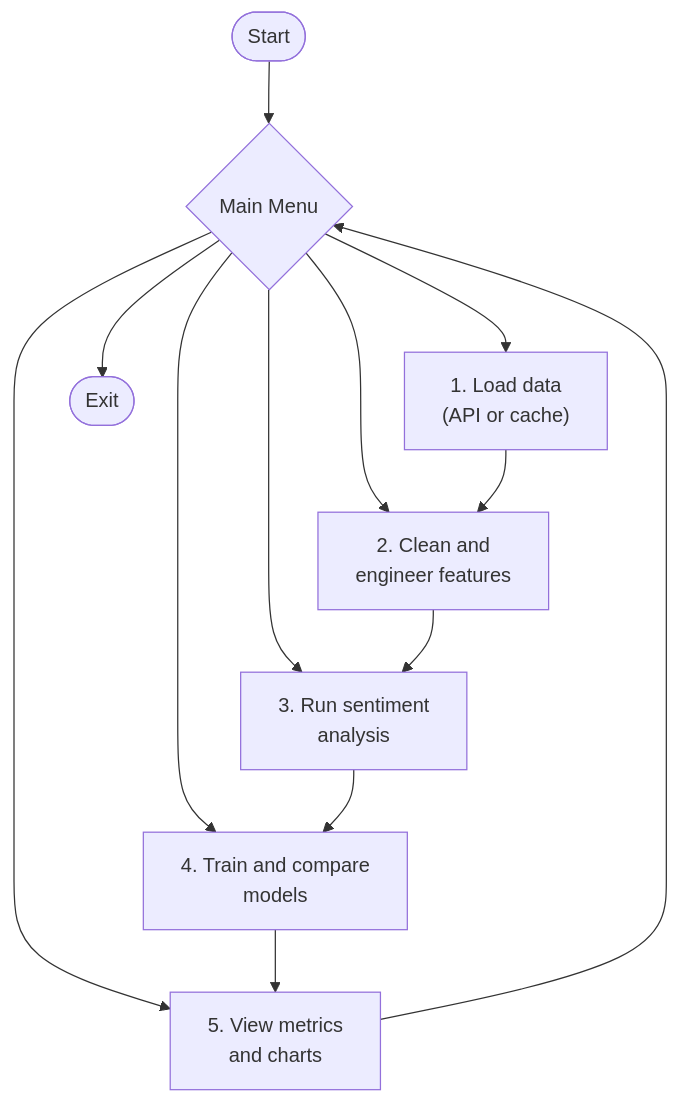
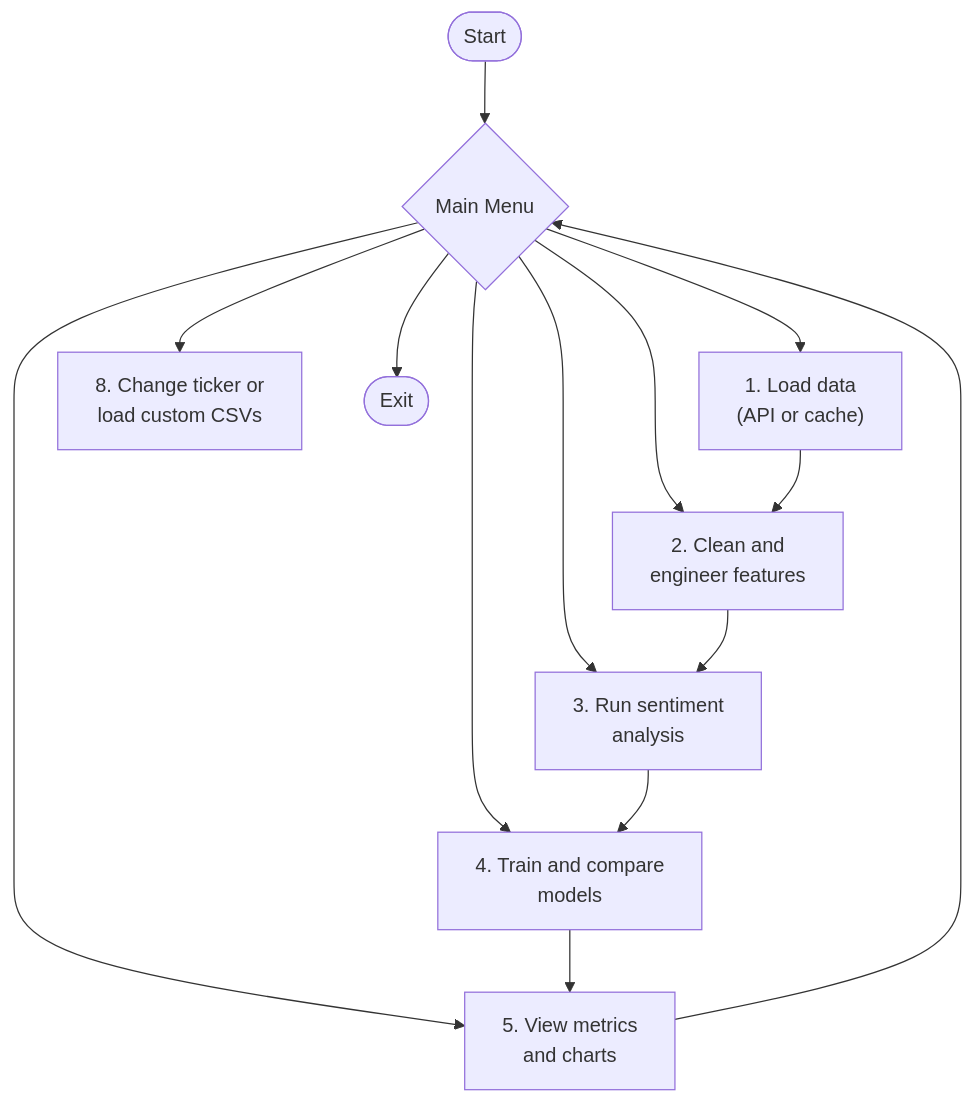
Before and after one commit to nabeelali0707/pai-project: the third of 4 diagrams in docs/ARCHITECTURE.md, drawn with Mermaid. The commit also changed 6 other files, not shown here.

````diff
--- a/docs/ARCHITECTURE.md
+++ b/docs/ARCHITECTURE.md
@@ -129,16 +129,17 @@
 ```mermaid
 flowchart TD
     Start([Start]) --> Menu{Main Menu}
     Menu --> Load["1. Load data<br/>(API or cache)"]
     Menu --> Clean["2. Clean and<br/>engineer features"]
     Menu --> Sent["3. Run sentiment<br/>analysis"]
     Menu --> Train["4. Train and compare<br/>models"]
     Menu --> Eval["5. View metrics<br/>and charts"]
+    Menu --> Select["8. Change ticker or<br/>load custom CSVs"]
     Menu --> Exit([Exit])
 
     Load --> Clean
     Clean --> Sent
     Sent --> Train
     Train --> Eval
     Eval --> Menu
 ```
````
